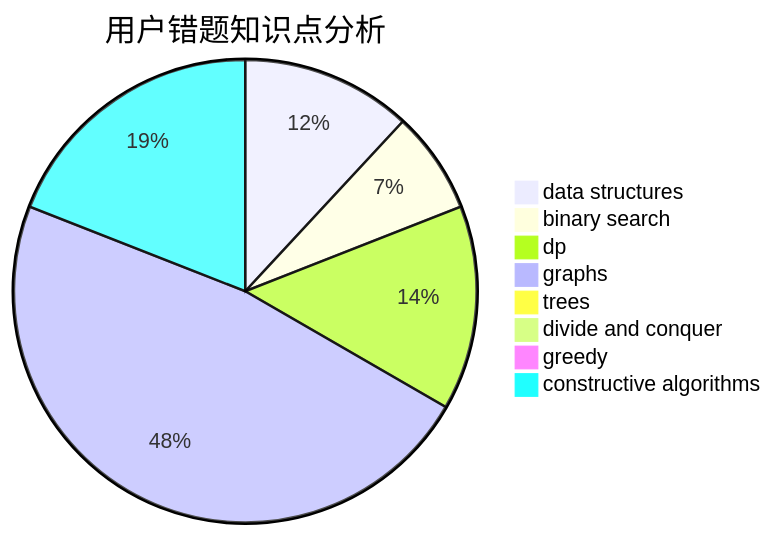
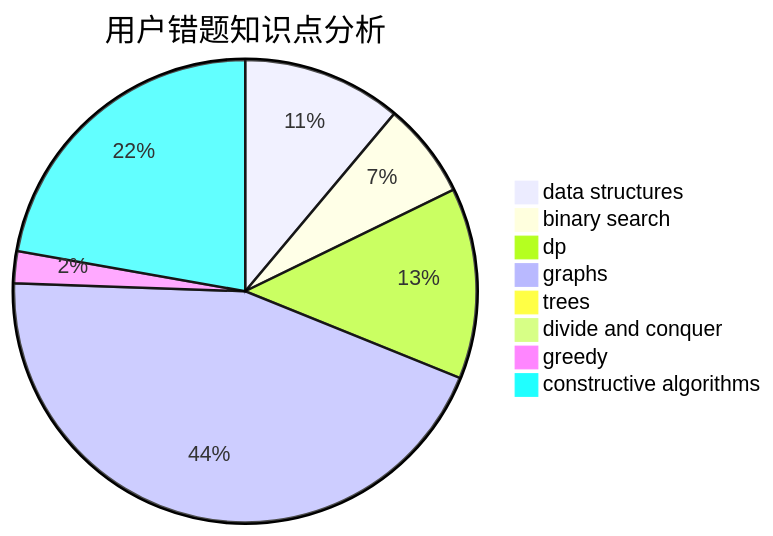
One commit to sherpahu/cfrs.github.io changed the third of 3 diagrams in docs/user/u2247.md. Above: the diagram before and after it, drawn with Mermaid. The commit also changed other lines of this file and 2770 other files, not shown here.

````diff
--- a/docs/user/u2247.md
+++ b/docs/user/u2247.md
@@ -36,11 +36,11 @@
 ```mermaid
 pie title 用户错题知识点分析
     "data structures" :  5
     "binary search" :  3
     "dp" :  6
     "graphs" :  20
     "trees" :  0
     "divide and conquer" :  0
-    "greedy" :  0
-    "constructive algorithms" :  8
+    "greedy" :  1
+    "constructive algorithms" :  10
 ```
````
